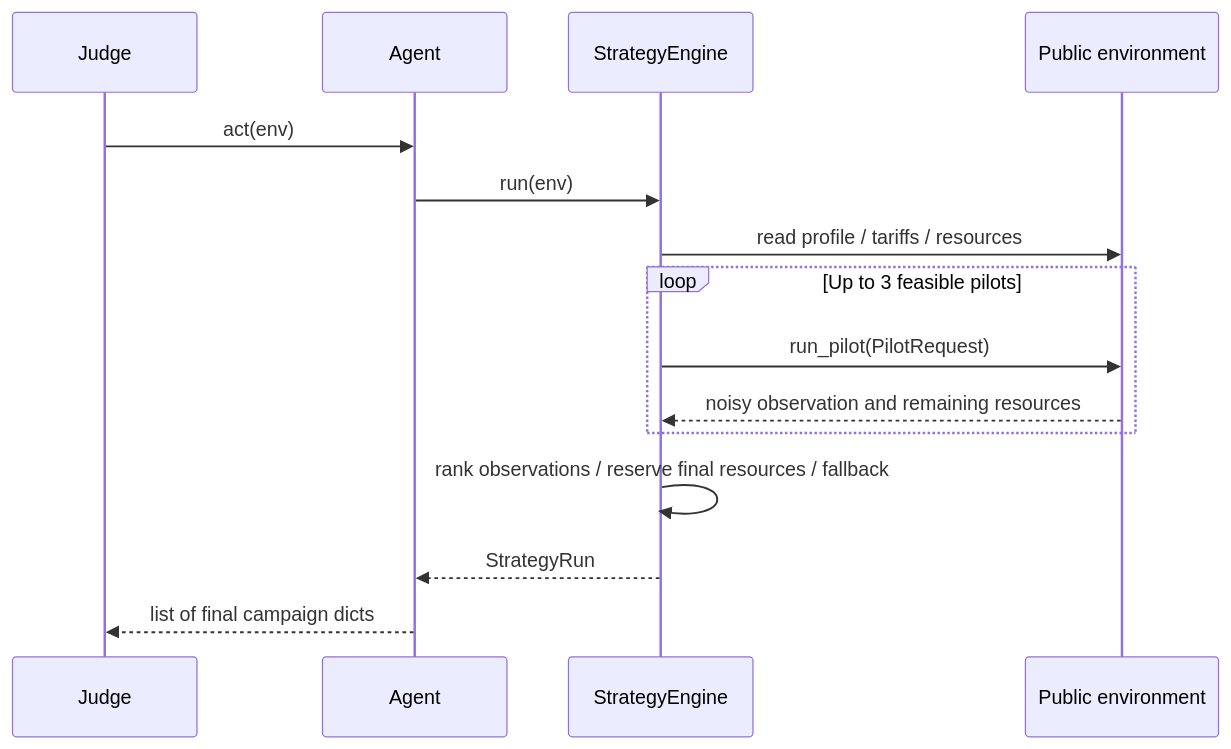
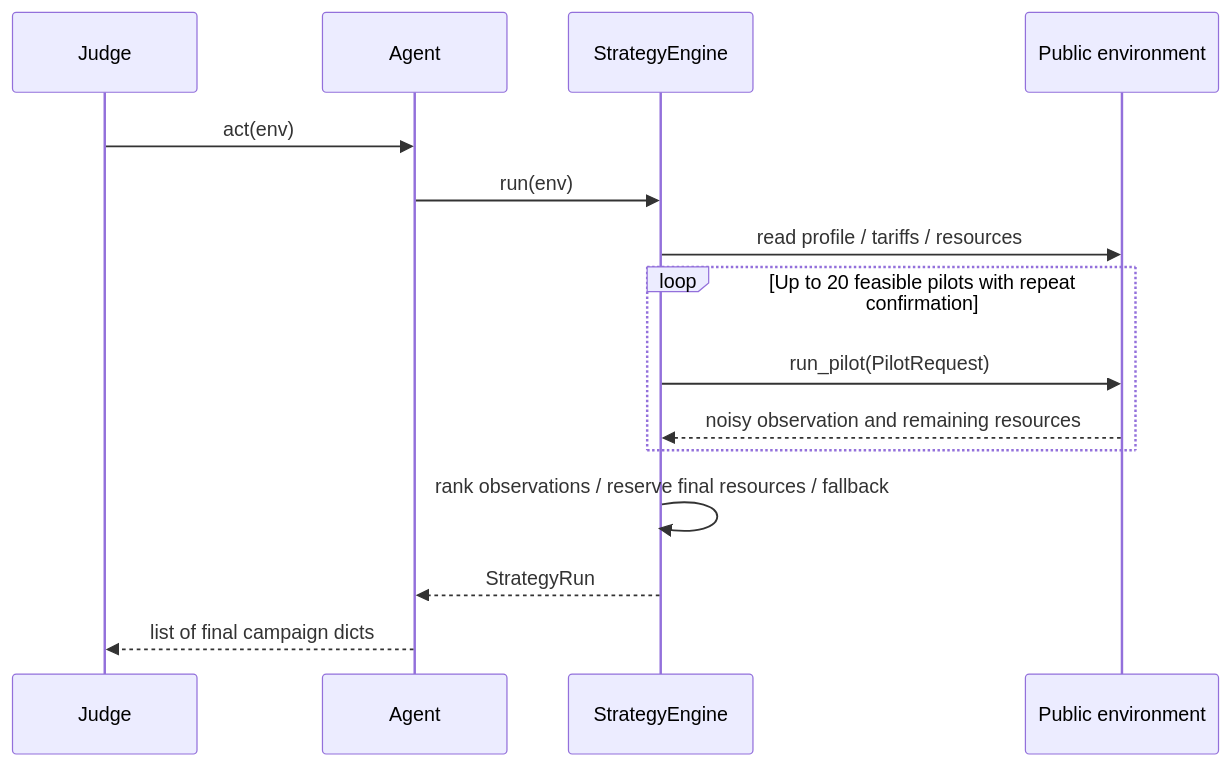
The second of 2 diagrams in docs/ARCHITECTURE.md (BAITC-Hacks/hack-9a732c09-sib), drawn with Mermaid before and after one commit. The commit also changed other lines of this file and 38 other files, not shown here.

````diff
--- a/docs/ARCHITECTURE.md
+++ b/docs/ARCHITECTURE.md
@@ -60,17 +70,17 @@
 ```mermaid
 sequenceDiagram
   participant J as Judge
   participant A as Agent
   participant E as StrategyEngine
   participant V as Public environment
   J->>A: act(env)
   A->>E: run(env)
   E->>V: read profile / tariffs / resources
-  loop Up to 3 feasible pilots
+  loop Up to 20 feasible pilots with repeat confirmation
     E->>V: run_pilot(PilotRequest)
     V-->>E: noisy observation and remaining resources
   end
   E->>E: rank observations / reserve final resources / fallback
   E-->>A: StrategyRun
   A-->>J: list of final campaign dicts
 ```
````
